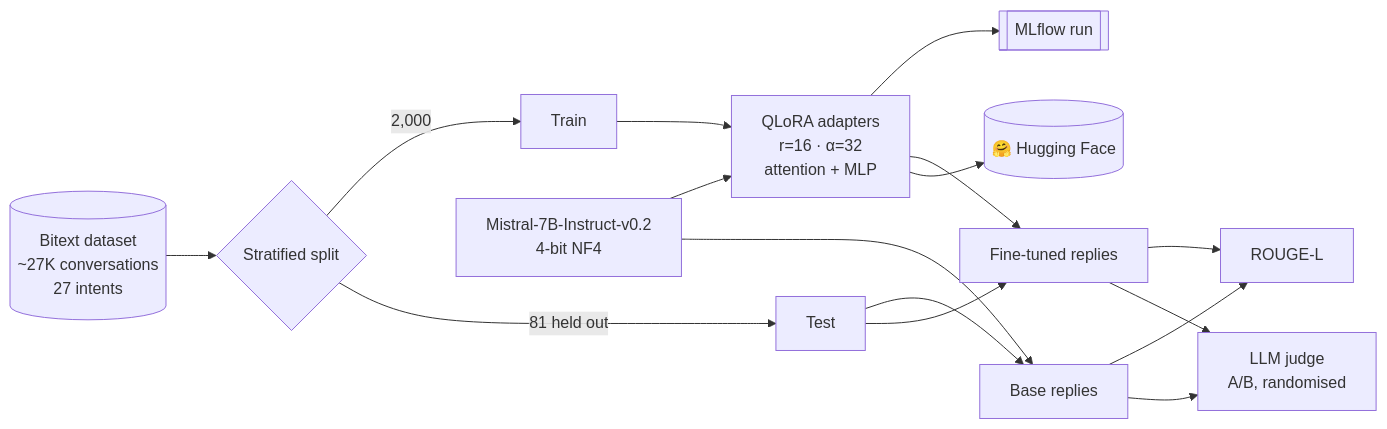
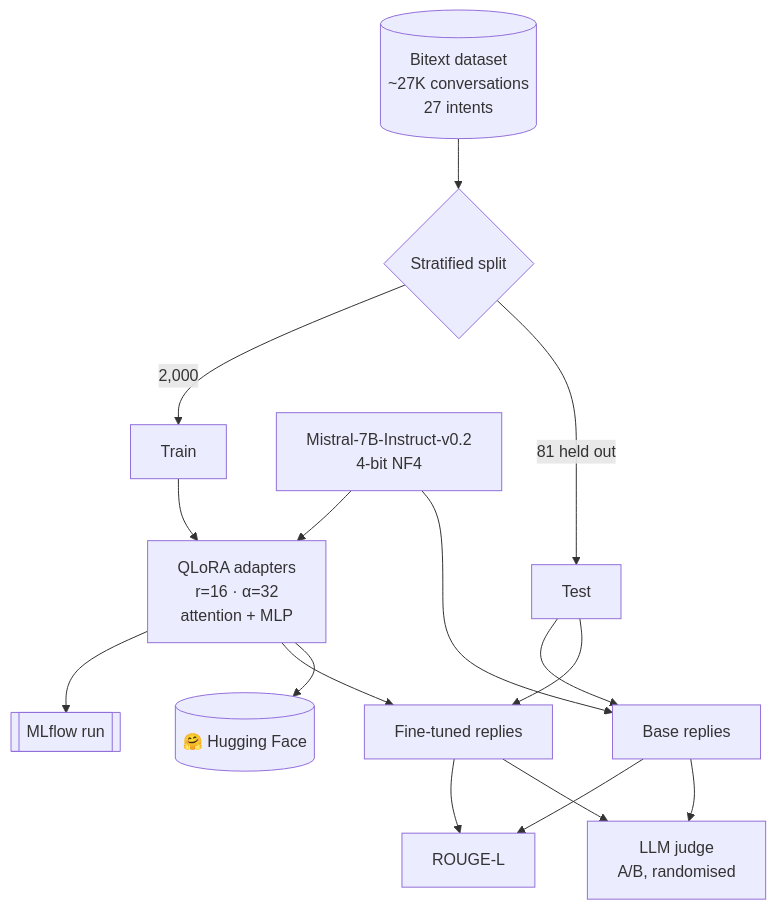
One commit to Anikate001/-Fine-tune-Mistral-7B-with-QLoRA changed the diagram in README.md. Above: the diagram before and after it, drawn with Mermaid.

Commit message:
README: top-to-bottom pipeline diagram
Claude-Session: https://claude.ai/code/session_01Qp39oAMDEYsXdpXFr2vu4j

````diff
--- a/README.md
+++ b/README.md
@@ -50,16 +50,16 @@
 ```mermaid
-flowchart LR
+flowchart TB
     D[("Bitext dataset<br/>~27K conversations<br/>27 intents")] --> S{Stratified split}
     S -->|2,000| T[Train]
     S -->|81 held out| E[Test]
     B["Mistral-7B-Instruct-v0.2<br/>4-bit NF4"] --> Q["QLoRA adapters<br/>r=16 · α=32<br/>attention + MLP"]
     T --> Q
     Q --> M[["MLflow run"]]
     E --> G1["Base replies"]
     E --> G2["Fine-tuned replies"]
     Q --> G2
     B --> G1
     G1 & G2 --> R["ROUGE-L"]
     G1 & G2 --> J["LLM judge<br/>A/B, randomised"]
     Q --> HF[("🤗 Hugging Face")]
 ```
````
